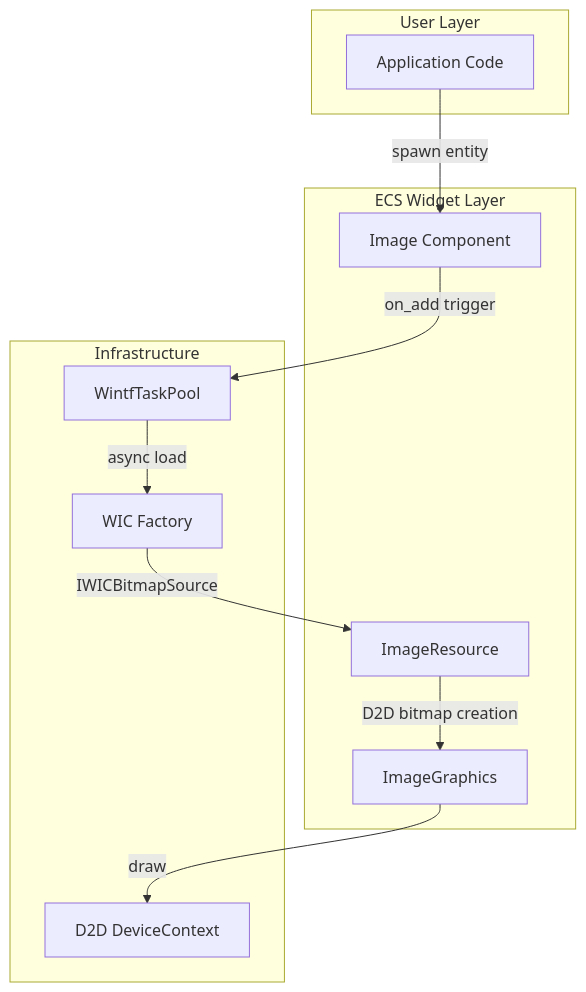
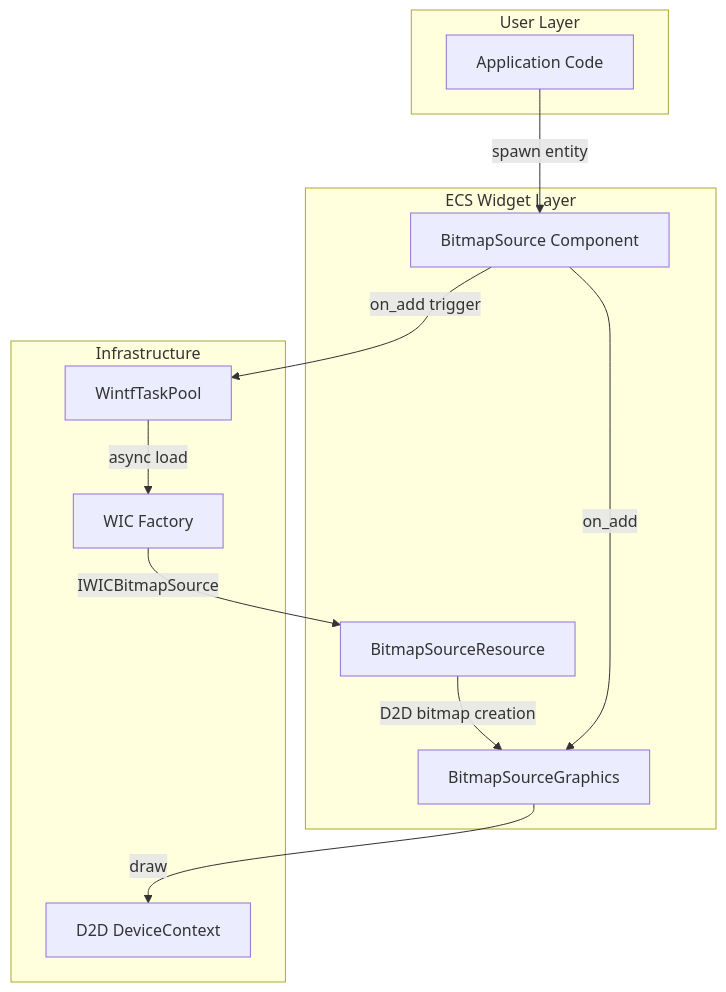
One commit to ekicyou/dcomp_sample-rs changed the first of 6 diagrams in .kiro/specs/wintf-P0-image-widget/design.md. Above: the diagram before and after it, drawn with Mermaid. The commit also changed other lines of this file and 1 other file, not shown here.

First line of the commit message:
docs(spec): Image → BitmapSource にリネーム、on_add で BitmapSourceGraphics 生成

````diff
--- a/.kiro/specs/wintf-P0-image-widget/design.md
+++ b/.kiro/specs/wintf-P0-image-widget/design.md
@@ -29,25 +29,26 @@
 ```mermaid
 graph TB
     subgraph "User Layer"
         APP[Application Code]
     end
     
     subgraph "ECS Widget Layer"
-        IMG[Image Component]
-        IR[ImageResource]
-        IG[ImageGraphics]
+        BS[BitmapSource Component]
+        BSR[BitmapSourceResource]
+        BSG[BitmapSourceGraphics]
     end
     
     subgraph "Infrastructure"
         TP[WintfTaskPool]
         WIC[WIC Factory]
         D2D[D2D DeviceContext]
     end
     
-    APP -->|spawn entity| IMG
-    IMG -->|on_add trigger| TP
+    APP -->|spawn entity| BS
+    BS -->|on_add trigger| TP
+    BS -->|on_add| BSG
     TP -->|async load| WIC
-    WIC -->|IWICBitmapSource| IR
-    IR -->|D2D bitmap creation| IG
-    IG -->|draw| D2D
+    WIC -->|IWICBitmapSource| BSR
+    BSR -->|D2D bitmap creation| BSG
+    BSG -->|draw| D2D
 ```
````
